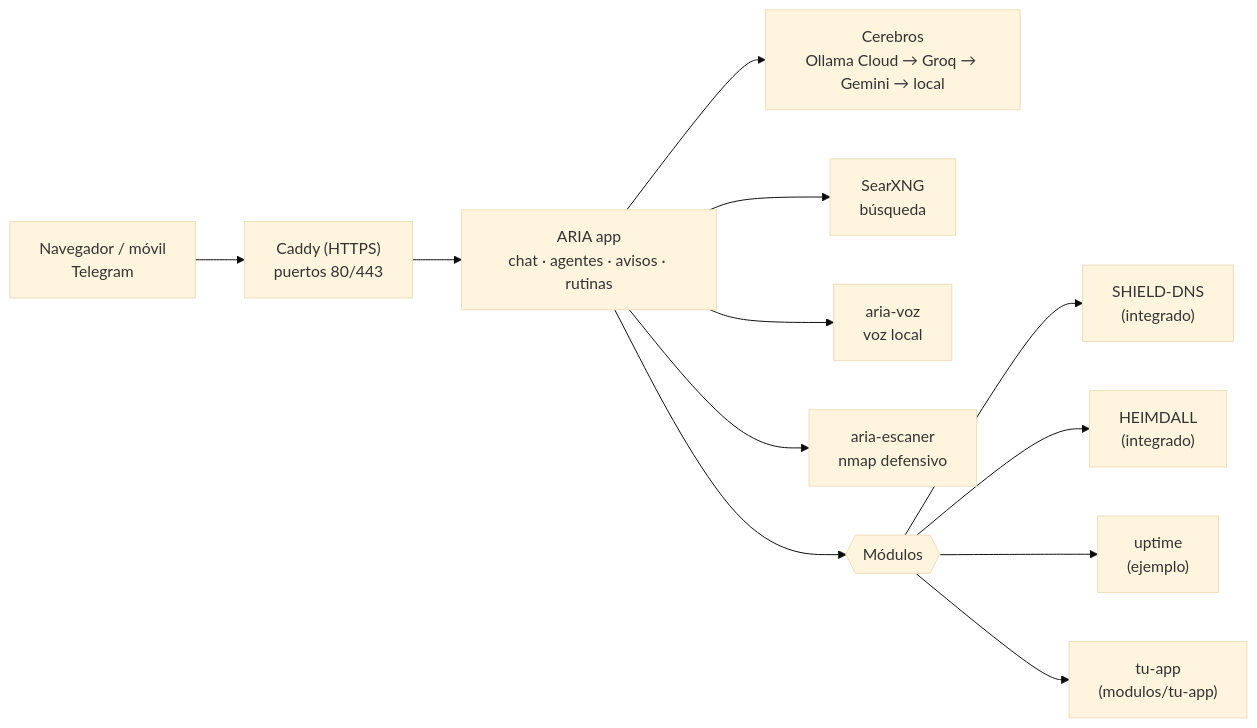
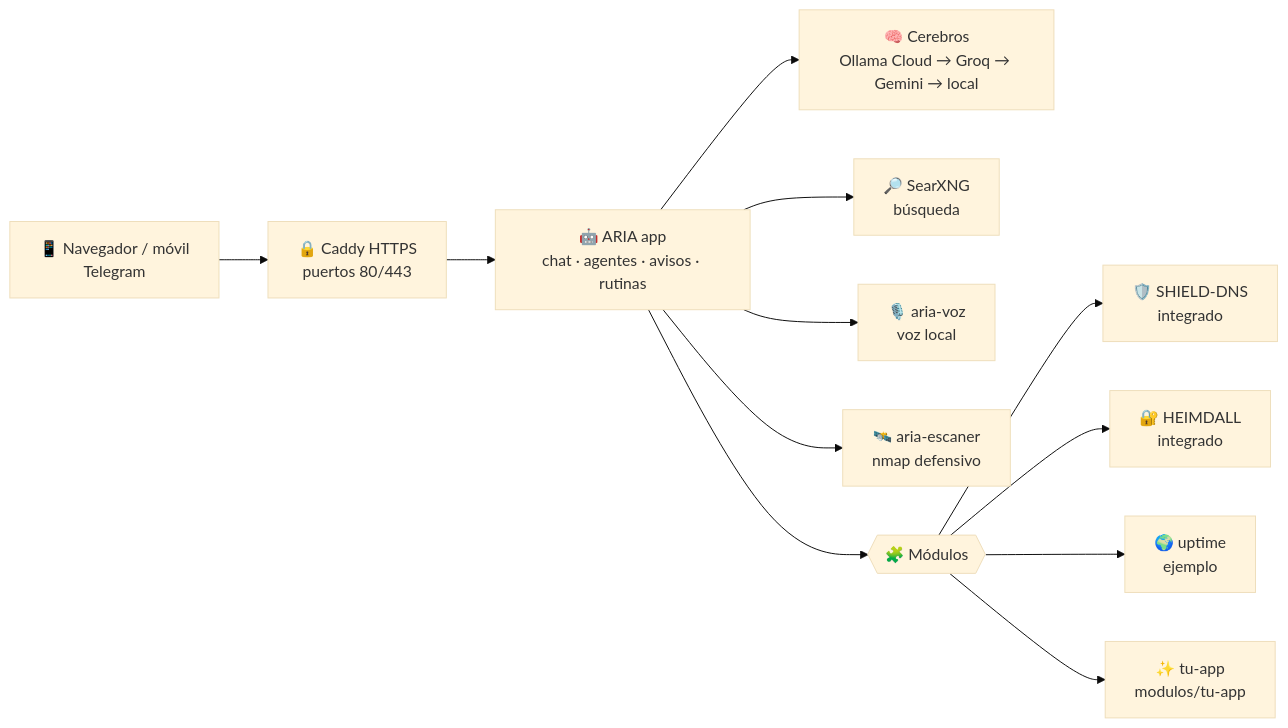
The first of 7 diagrams in README.md (BertMarti/ARIA), drawn with Mermaid (base theme) before and after one commit. The commit also changed other lines of this file and 17 other files, not shown here.

First line of the commit message:
docs: README vitaminado con banner, capturas y diagramas

````diff
--- a/README.md
+++ b/README.md
@@ -74,14 +127,14 @@
 ```mermaid
 flowchart LR
-    U["Navegador / móvil<br/>Telegram"] --> C["Caddy (HTTPS)<br/>puertos 80/443"]
-    C --> A["ARIA app<br/>chat · agentes · avisos · rutinas"]
-    A --> CB["Cerebros<br/>Ollama Cloud → Groq → Gemini → local"]
-    A --> S["SearXNG<br/>búsqueda"]
-    A --> V["aria-voz<br/>voz local"]
-    A --> E["aria-escaner<br/>nmap defensivo"]
-    A --> M{{"Módulos"}}
-    M --> M1["SHIELD-DNS<br/>(integrado)"]
-    M --> M2["HEIMDALL<br/>(integrado)"]
-    M --> M3["uptime<br/>(ejemplo)"]
-    M --> M4["tu-app<br/>(modulos/tu-app)"]
+    U["📱 Navegador / móvil<br/>Telegram"] --> C["🔒 Caddy HTTPS<br/>puertos 80/443"]
+    C --> A["🤖 ARIA app<br/>chat · agentes · avisos · rutinas"]
+    A --> CB["🧠 Cerebros<br/>Ollama Cloud → Groq → Gemini → local"]
+    A --> S["🔎 SearXNG<br/>búsqueda"]
+    A --> V["🎙️ aria-voz<br/>voz local"]
+    A --> E["🛰️ aria-escaner<br/>nmap defensivo"]
+    A --> M{{"🧩 Módulos"}}
+    M --> M1["🛡️ SHIELD-DNS<br/>integrado"]
+    M --> M2["🔐 HEIMDALL<br/>integrado"]
+    M --> M3["🌍 uptime<br/>ejemplo"]
+    M --> M4["✨ tu-app<br/>modulos/tu-app"]
 ```
````
